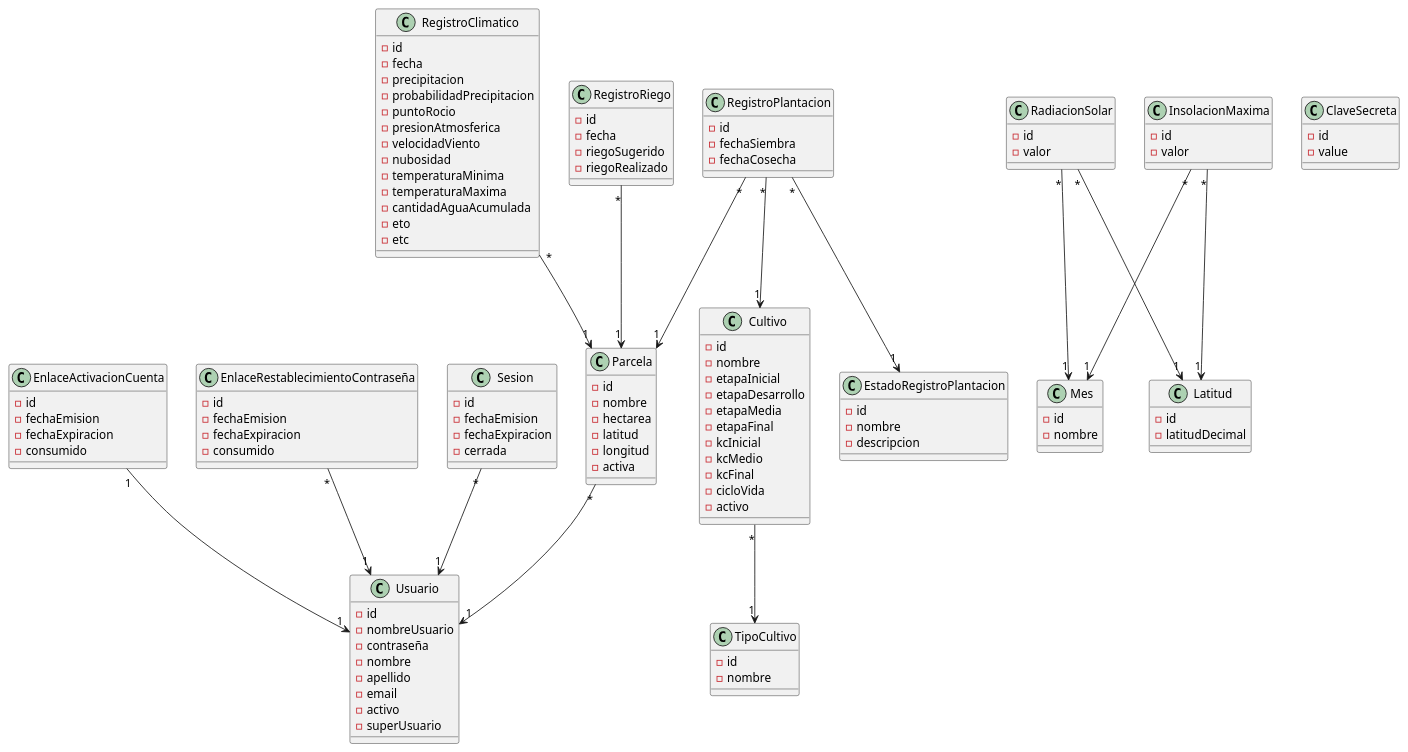
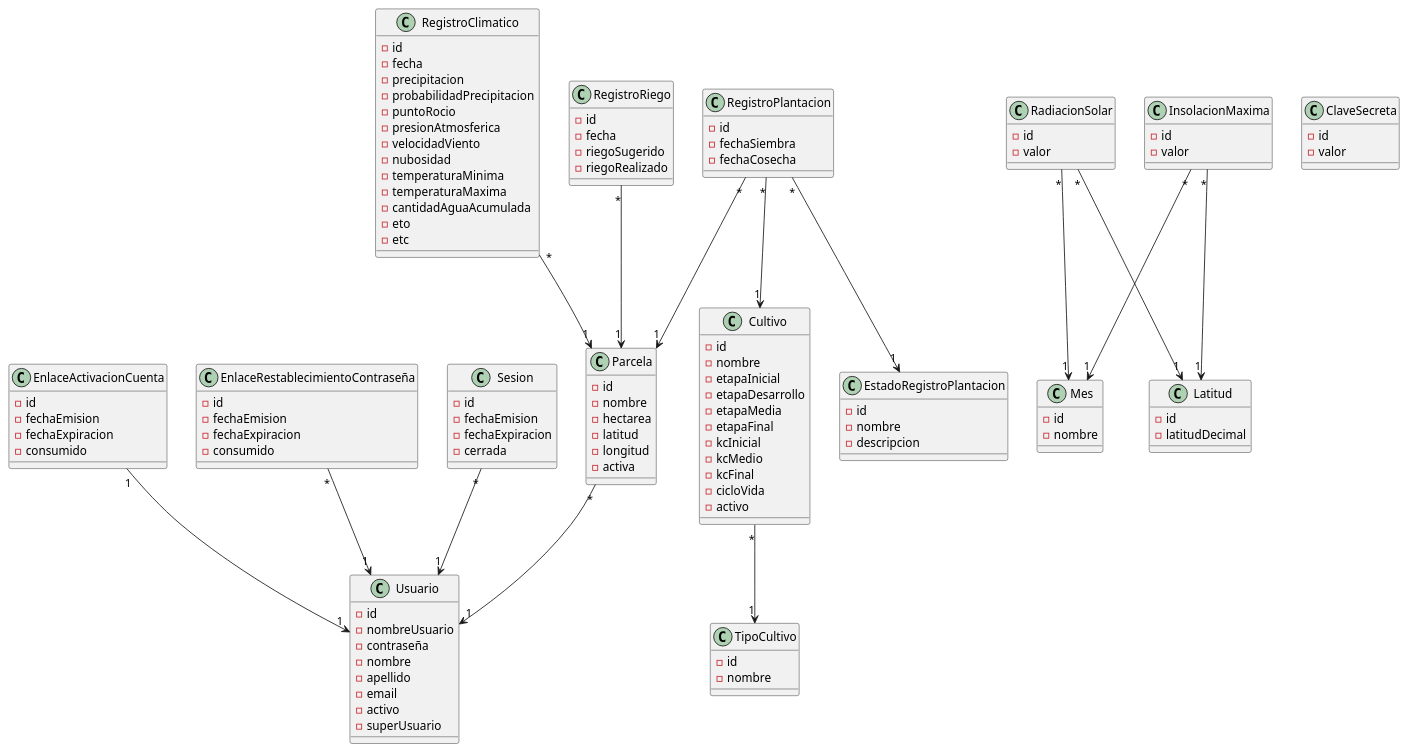
One commit to facundopaez-dev/sistema-web-riego changed the diagram in domain model/Modelo de dominio.pu. Above: the diagram before and after it, drawn with PlantUML. The commit also changed 1 other file, not shown here.

Commit message:
Atributo 'value' de la entidad ClaveSecreta modificado por el atributo 'valor', modelo de dominio

```diff
--- a/domain model/Modelo de dominio.pu
+++ b/domain model/Modelo de dominio.pu
@@ -1,138 +1,138 @@
 @startuml
 
 Parcela "*"-->"1" Usuario
 RegistroClimatico "*"-->"1" Parcela
 RegistroRiego "*"-->"1" Parcela
 RegistroPlantacion "*"-->"1" Parcela
 RegistroPlantacion "*"-->"1" Cultivo
 RegistroPlantacion "*"-->"1" EstadoRegistroPlantacion
 RadiacionSolar "*"-->"1" Mes
 RadiacionSolar "*"-->"1" Latitud
 InsolacionMaxima "*"-->"1" Mes
 InsolacionMaxima "*"-->"1" Latitud
 Cultivo "*"-->"1" TipoCultivo
 EnlaceActivacionCuenta "1" --> "1" Usuario
 EnlaceRestablecimientoContraseña "*" --> "1" Usuario
 Sesion "*" --> "1" Usuario
 
 class Parcela {
 -id
 -nombre
 -hectarea
 -latitud
 -longitud
 -activa
 }
 
 class Cultivo {
 -id
 -nombre
 -etapaInicial
 -etapaDesarrollo
 -etapaMedia
 -etapaFinal
 -kcInicial
 -kcMedio
 -kcFinal
 -cicloVida
 -activo
 }
 
 class TipoCultivo {
 -id
 -nombre
 }
 
 class RegistroClimatico {
 -id
 -fecha
 -precipitacion
 -probabilidadPrecipitacion
 -puntoRocio
 -presionAtmosferica
 -velocidadViento
 -nubosidad
 -temperaturaMinima
 -temperaturaMaxima
 -cantidadAguaAcumulada
 -eto
 -etc
 }
 
 class RegistroPlantacion {
 -id
 -fechaSiembra
 -fechaCosecha
 }
 
 class RegistroRiego {
 -id
 -fecha
 -riegoSugerido
 -riegoRealizado
 }
 
 class Usuario {
 -id
 -nombreUsuario
 -contraseña
 -nombre
 -apellido
 -email
 -activo
 -superUsuario
 }
 
 class EstadoRegistroPlantacion {
 -id
 -nombre
 -descripcion
 }
 
 class Mes {
 -id
 -nombre
 }
 
 class Latitud {
 -id
 -latitudDecimal
 }
 
 class RadiacionSolar {
 -id
 -valor
 }
 
 class InsolacionMaxima {
 -id
 -valor
 }
 
 class EnlaceActivacionCuenta {
 -id
 -fechaEmision
 -fechaExpiracion
 -consumido
 }
 
 class EnlaceRestablecimientoContraseña {
 -id
 -fechaEmision
 -fechaExpiracion
 -consumido
 }
 
 class Sesion {
 -id
 -fechaEmision
 -fechaExpiracion
 -cerrada
 }
 
 class ClaveSecreta {
 -id
--value
+-valor
 }
 
 @enduml
```
